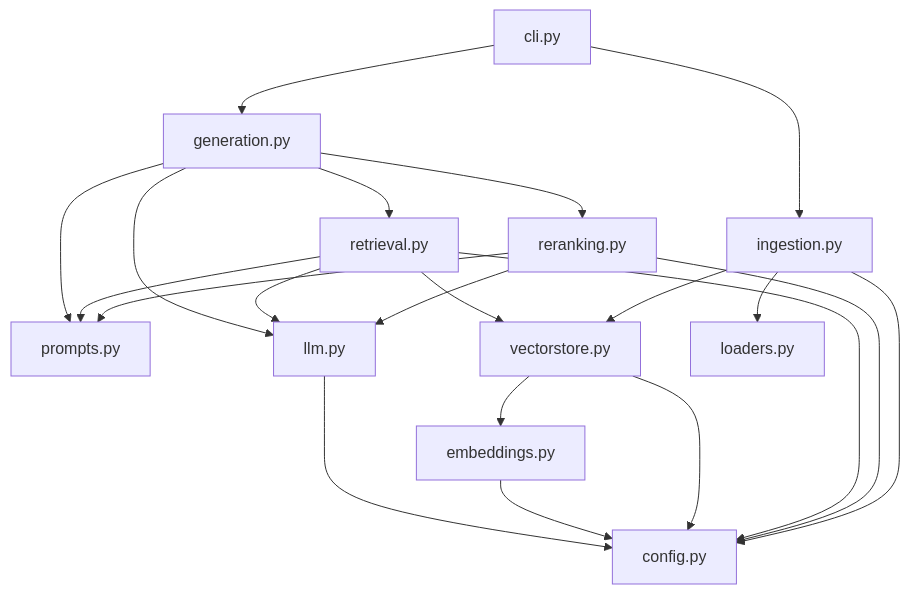
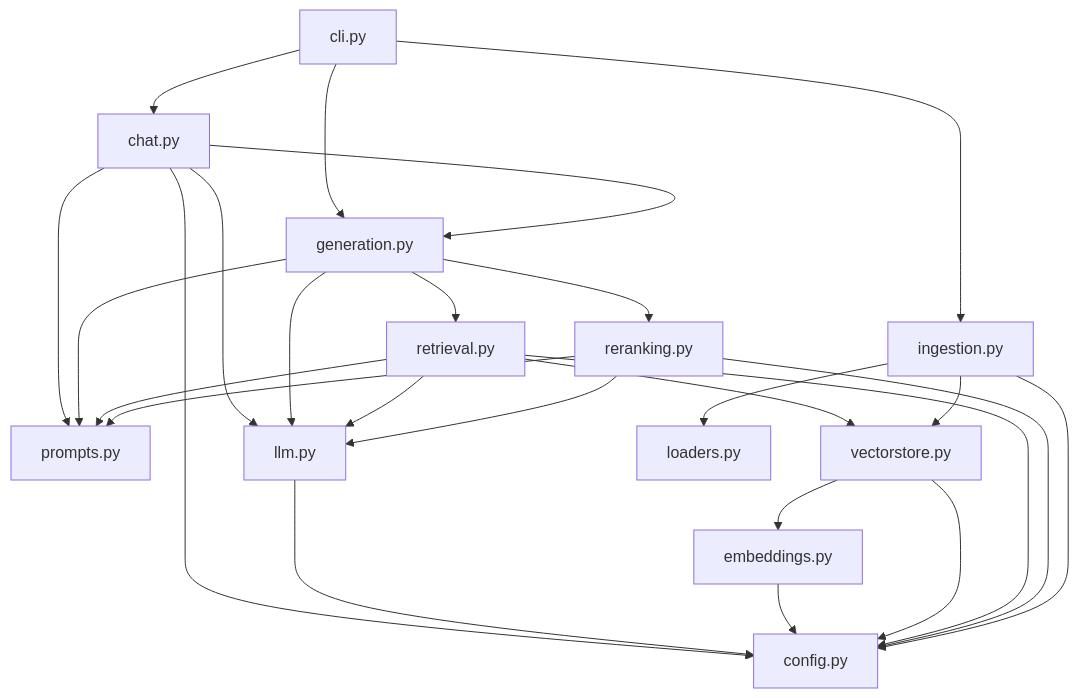
The first of 4 diagrams in src/rag_langchain/README.md (Abuubkar/rag-pipeline), drawn with Mermaid before and after one commit. The commit also changed other lines of this file and 5 other files, not shown here.

Commit message:
src: rag chat as a LangGraph graph with routing and conversations saved per thread

````diff
--- a/src/rag_langchain/README.md
+++ b/src/rag_langchain/README.md
@@ -35,27 +37,32 @@
 ```mermaid
 flowchart TD
-    cli[cli.py] --> generation[generation.py]
+    cli[cli.py] --> chat[chat.py]
+    cli --> generation[generation.py]
+    chat --> generation
+    chat --> prompts
+    chat --> llm
+    chat --> config
     cli --> ingestion[ingestion.py]
 
     generation --> retrieval[retrieval.py]
     generation --> reranking[reranking.py]
     generation --> prompts[prompts.py]
     generation --> llm[llm.py]
 
     retrieval --> vectorstore[vectorstore.py]
     retrieval --> prompts
     retrieval --> llm
     reranking --> prompts
     reranking --> llm
 
     ingestion --> loaders[loaders.py]
     ingestion --> vectorstore
     vectorstore --> embeddings[embeddings.py]
 
     llm --> config[config.py]
     embeddings --> config
     vectorstore --> config
     retrieval --> config
     reranking --> config
     ingestion --> config
 ```
````
